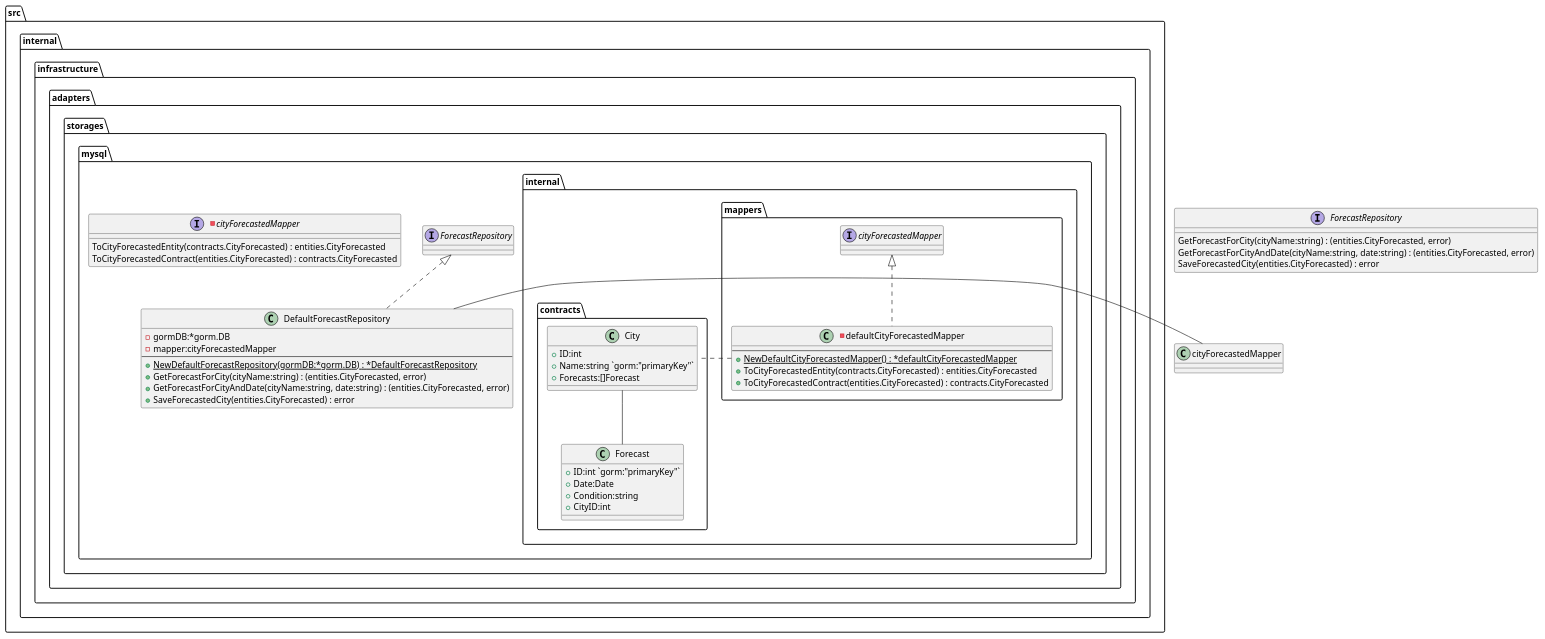
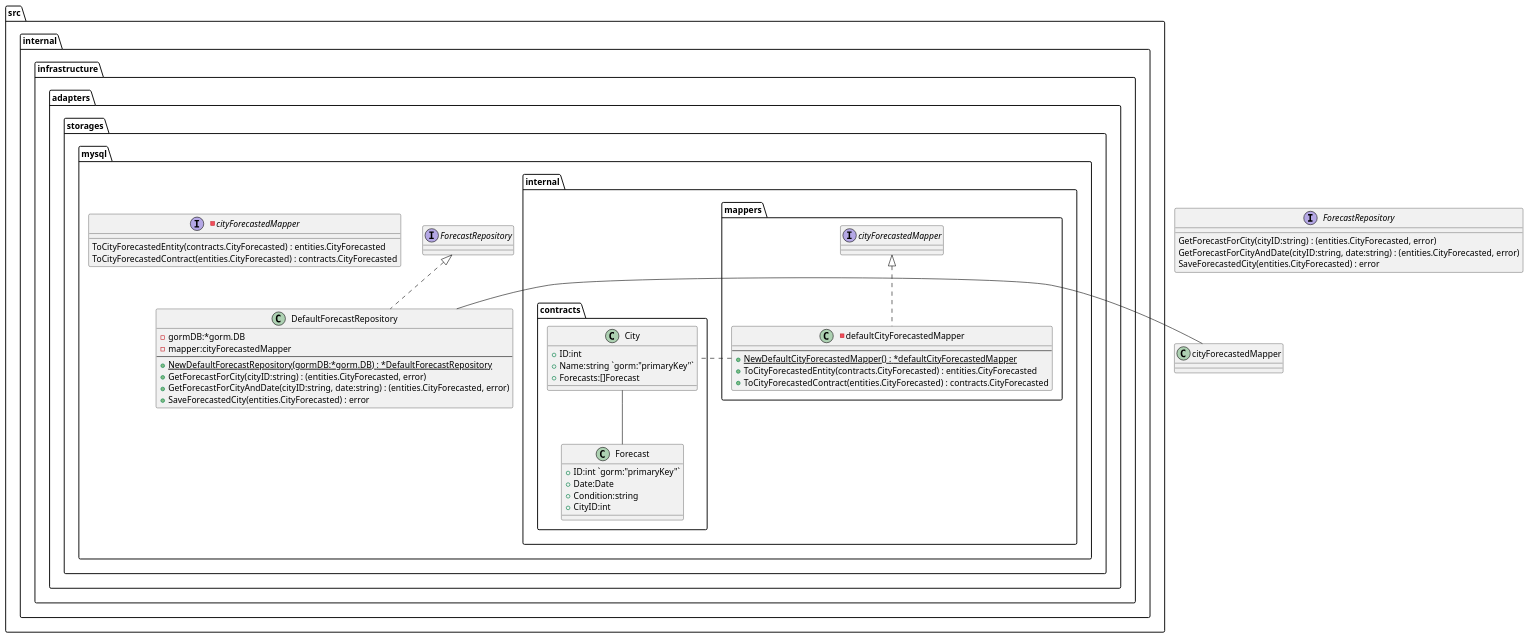
Before and after one commit to micoyeye22/TUITechHomework: the diagram in docs/usecases/forecastcity/repository/default_forecast_repository_class.puml, drawn with PlantUML. The commit also changed 7 other files, not shown here.

Commit message:
Added API design for setting and getting forecast for city

```diff
--- a/docs/usecases/forecastcity/repository/default_forecast_repository_class.puml
+++ b/docs/usecases/forecastcity/repository/default_forecast_repository_class.puml
@@ -1,56 +1,56 @@
 @startuml
 
 interface ForecastRepository {
-    GetForecastForCity(cityName:string) : (entities.CityForecasted, error)
-    GetForecastForCityAndDate(cityName:string, date:string) : (entities.CityForecasted, error)
+    GetForecastForCity(cityID:string) : (entities.CityForecasted, error)
+    GetForecastForCityAndDate(cityID:string, date:string) : (entities.CityForecasted, error)
     SaveForecastedCity(entities.CityForecasted) : error
 }
 
 package "src.internal.infrastructure.adapters.storages.mysql" {
     class DefaultForecastRepository implements ForecastRepository {
         - gormDB:*gorm.DB
         - mapper:cityForecastedMapper
         ---
         + {static} NewDefaultForecastRepository(gormDB:*gorm.DB) : *DefaultForecastRepository
-        + GetForecastForCity(cityName:string) : (entities.CityForecasted, error)
-        + GetForecastForCityAndDate(cityName:string, date:string) : (entities.CityForecasted, error)
+        + GetForecastForCity(cityID:string) : (entities.CityForecasted, error)
+        + GetForecastForCityAndDate(cityID:string, date:string) : (entities.CityForecasted, error)
         + SaveForecastedCity(entities.CityForecasted) : error
     }
 
     -interface cityForecastedMapper {
         ToCityForecastedEntity(contracts.CityForecasted) : entities.CityForecasted
         ToCityForecastedContract(entities.CityForecasted) : contracts.CityForecasted
     }
 
     package "internal" {
         package "mappers" {
             -class defaultCityForecastedMapper implements cityForecastedMapper {
                 ---
                 + {static} NewDefaultCityForecastedMapper() : *defaultCityForecastedMapper
                 + ToCityForecastedEntity(contracts.CityForecasted) : entities.CityForecasted
                 + ToCityForecastedContract(entities.CityForecasted) : contracts.CityForecasted
             }
         }
 
         package "contracts" {
             class City {
                 + ID:int
                 + Name:string `gorm:"primaryKey"`
                 + Forecasts:[]Forecast
             }
 
             class Forecast {
                 + ID:int `gorm:"primaryKey"`
                 + Date:Date
                 + Condition:string
                 + CityID:int
             }
         }
     }
 }
 
 DefaultForecastRepository - cityForecastedMapper
 defaultCityForecastedMapper . City
 City -- Forecast
 
 @enduml
```
